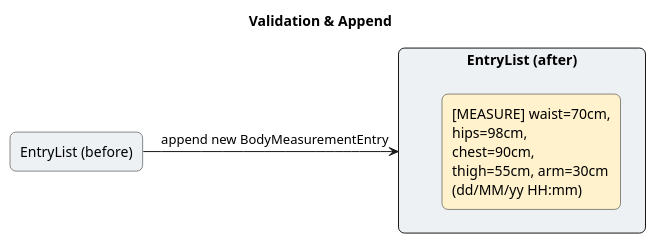
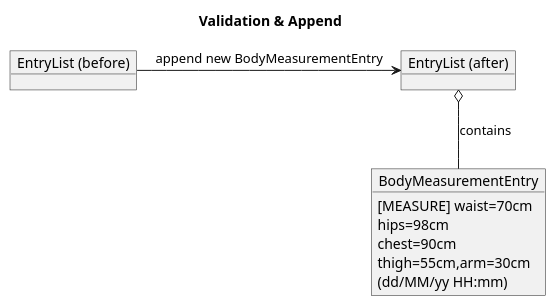
Before and after one commit to Ibrashoukry/tp: the diagram in docs/diagrams/AddMeasurement_ValidationAndAppend.puml, drawn with PlantUML. The commit also changed 9 other files, not shown here.

Commit message:
(#177) (#180) Edit initial state diagram, made it clearer. Edit BodyMeasurementEntry append and validation

```diff
--- a/docs/diagrams/AddMeasurement_ValidationAndAppend.puml
+++ b/docs/diagrams/AddMeasurement_ValidationAndAppend.puml
@@ -1,18 +1,25 @@
-@startuml
+@startuml ValidationAppendMeasurement
 title Validation & Append
 
-skinparam shadowing false
-skinparam defaultFontName Arial
-skinparam rectangle {
-  RoundCorner 12
-  FontSize 14
+skinparam component {
+  BorderColor black
+  BackgroundColor white
+  FontSize 12
 }
 
-rectangle "EntryList (before)" as BEFORE #EEF1F4
-
-rectangle "EntryList (after)" as AFTER #EEF1F4 {
-  rectangle "[MEASURE] waist=70cm,\nhips=98cm,\nchest=90cm,\nthigh=55cm, arm=30cm\n(dd/MM/yy HH:mm)" as ITEM #FFF2CC
+' Define the object instances
+object "EntryList (before)" as EL_B
+object "EntryList (after)" as EL_A {
+}
+object "BodyMeasurementEntry" as ME {
+  [MEASURE] waist=70cm\nhips=98cm\nchest=90cm\nthigh=55cm,arm=30cm\n(dd/MM/yy HH:mm)
 }
 
-BEFORE -right-> AFTER : append new BodyMeasurementEntry
+' 1. Show the action (Append)
+EL_B -right-> EL_A : append new BodyMeasurementEntry
+
+' 2. Show the containment/link relationship
+'    The EntryList (after) contains the new WeightEntry
+EL_A o-- ME : contains
+
 @enduml
```
